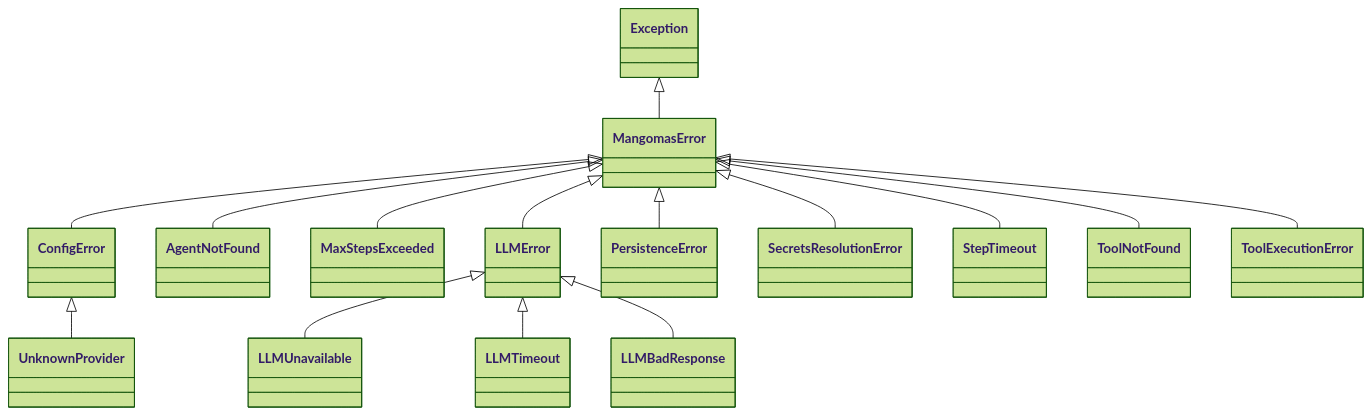
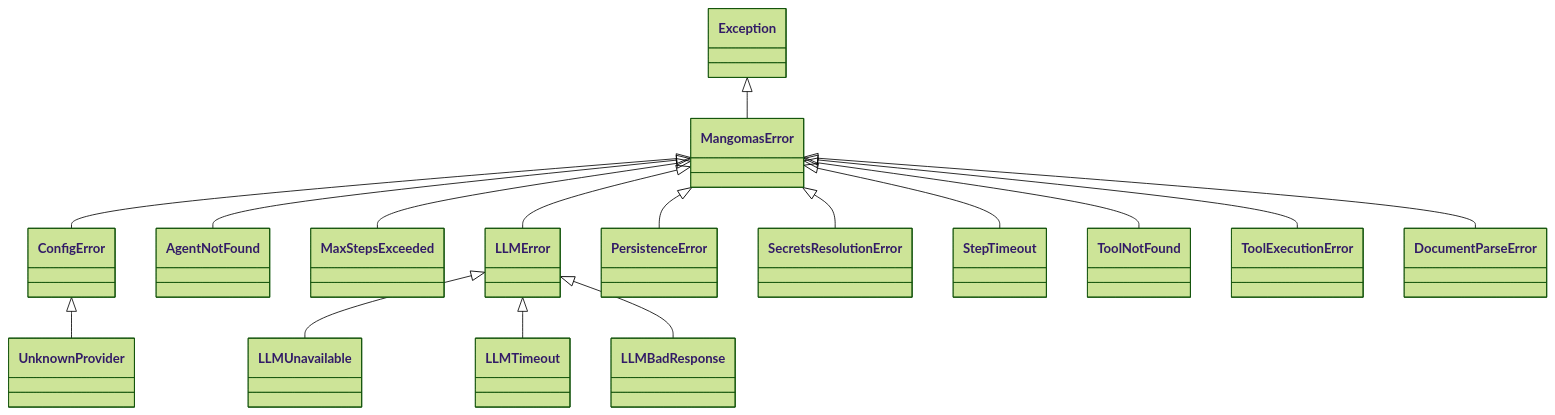
The third of 3 diagrams in docs/architecture/c4-code.md (Mango-Metrics-NLM/MangoMas_V2), drawn with Mermaid (forest theme) before and after one commit. The commit also changed other lines of this file and 10 other files, not shown here.

First line of the commit message:
docs: sync architecture, tooling and changelog for origin-sync + live E2E

````diff
--- a/docs/architecture/c4-code.md
+++ b/docs/architecture/c4-code.md
@@ -217,33 +248,35 @@
 ```mermaid
 classDiagram
     class Exception
     class MangomasError
     class ConfigError
     class UnknownProvider
     class AgentNotFound
     class MaxStepsExceeded
     class LLMError
     class LLMUnavailable
     class LLMTimeout
     class LLMBadResponse
     class PersistenceError
     class SecretsResolutionError
     class StepTimeout
     class ToolNotFound
     class ToolExecutionError
+    class DocumentParseError
 
     Exception <|-- MangomasError
     MangomasError <|-- ConfigError
     ConfigError <|-- UnknownProvider
     MangomasError <|-- AgentNotFound
     MangomasError <|-- MaxStepsExceeded
     MangomasError <|-- LLMError
     LLMError <|-- LLMUnavailable
     LLMError <|-- LLMTimeout
     LLMError <|-- LLMBadResponse
     MangomasError <|-- PersistenceError
     MangomasError <|-- SecretsResolutionError
     MangomasError <|-- StepTimeout
     MangomasError <|-- ToolNotFound
     MangomasError <|-- ToolExecutionError
+    MangomasError <|-- DocumentParseError
 ```
````
